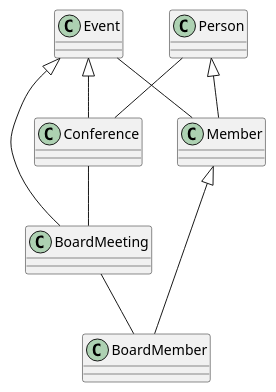
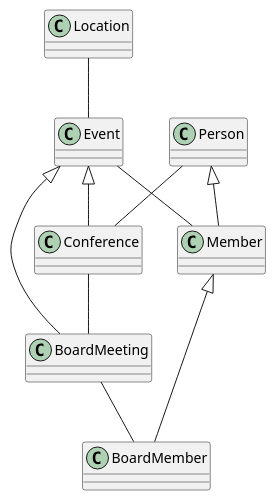
The diagram in src/UOC.puml (DaniJorCa/UMLDanielJordanCarre-o), drawn with PlantUML before and after one commit.

Commit message:
Location -- Event

```diff
--- a/src/UOC.puml
+++ b/src/UOC.puml
@@ -1,14 +1,15 @@
 @startuml
 
 
 Conference -- BoardMeeting
 Event <|-- Conference
 Event <|-- BoardMeeting
 
 Person <|-- Member
 Member <|-- BoardMember
 
 Person -- Conference
 BoardMeeting -- BoardMember
 Event -- Member
+Location -- Event
 @enduml
```
